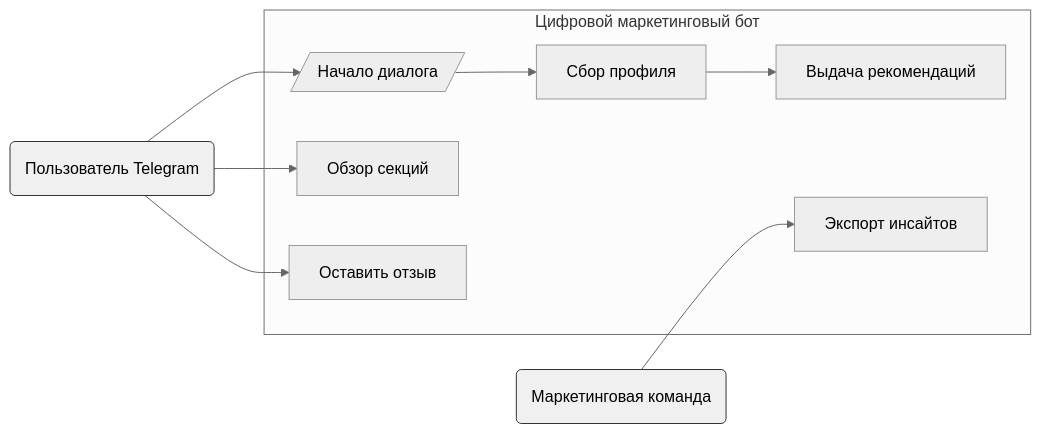
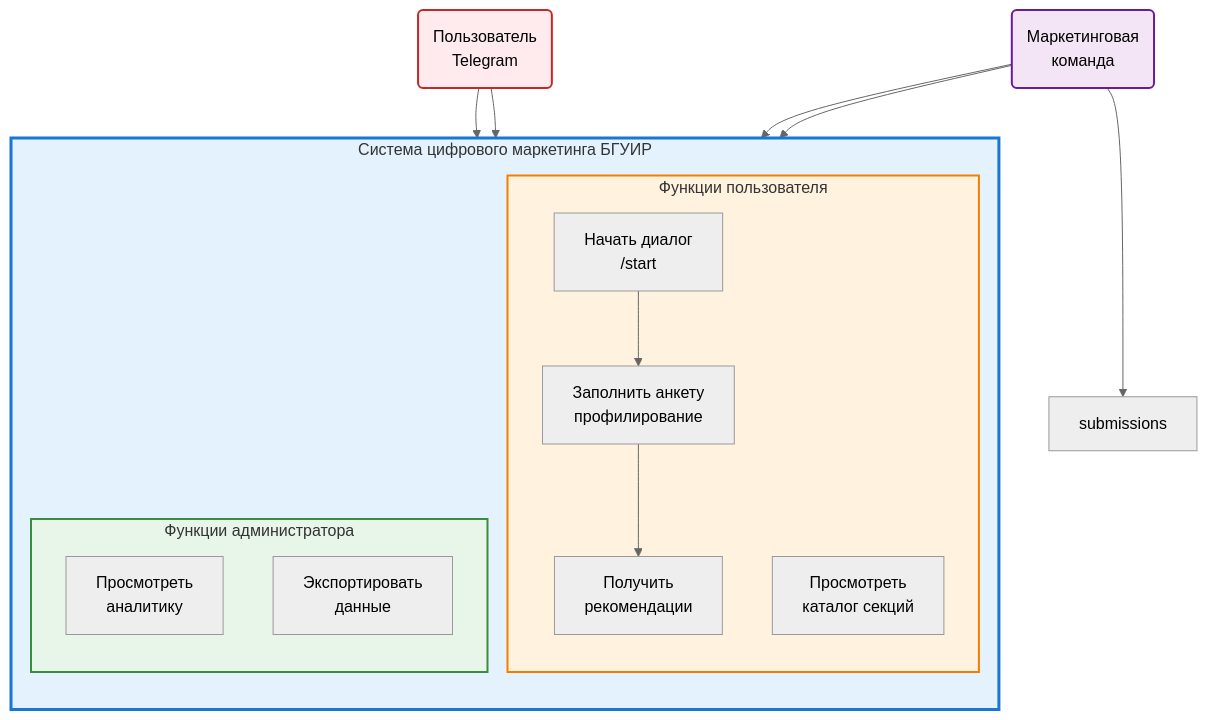
One commit to kotru21/bsuir changed the fifth of 7 diagrams in README.md. Above: the diagram before and after it, drawn with Mermaid (neutral theme). The commit also changed other lines of this file, not shown here.

First line of the commit message:
Revise and expand README with updated diagrams and setup

````diff
--- a/README.md
+++ b/README.md
@@ -222,23 +282,38 @@
 ```mermaid
-flowchart LR
-   user("Пользователь Telegram"):::actor
-   marketing("Маркетинговая команда"):::actor
+flowchart TB
+   user("Пользователь<br/>Telegram")
+   marketing("Маркетинговая<br/>команда")
 
-   subgraph Bot ["Цифровой маркетинговый бот"]
-      start[/Начало диалога/]
-      profile[Сбор профиля]
-      recommend[Выдача рекомендаций]
-      sections[Обзор секций]
-      feedback[Оставить отзыв]
-      export[Экспорт инсайтов]
+   subgraph system ["Система цифрового маркетинга БГУИР"]
+      direction TB
+
+      subgraph user_functions ["Функции пользователя"]
+         start["Начать диалог<br/>/start"]
+         profile["Заполнить анкету<br/>профилирование"]
+         recommend["Получить<br/>рекомендации"]
+         sections["Просмотреть<br/>каталог секций"]
+      end
+
+      subgraph admin_functions ["Функции администратора"]
+         analytics["Просмотреть<br/>аналитику"]
+         export["Экспортировать<br/>данные"]
+      end
    end
 
    user --> start
+   user --> sections
+
+
    start --> profile
    profile --> recommend
-   user --> sections
-   user --> feedback
+
+   marketing --> analytics
+   marketing --> submissions
    marketing --> export
 
-   classDef actor fill:#f0f0f0,stroke:#333,stroke-width:1;
+   style system fill:#e3f2fd,stroke:#1976d2,stroke-width:3px
+   style user_functions fill:#fff3e0,stroke:#f57c00,stroke-width:2px
+   style admin_functions fill:#e8f5e9,stroke:#388e3c,stroke-width:2px
+   style user fill:#ffebee,stroke:#c62828,stroke-width:2px
+   style marketing fill:#f3e5f5,stroke:#6a1b9a,stroke-width:2px
 ```
````
